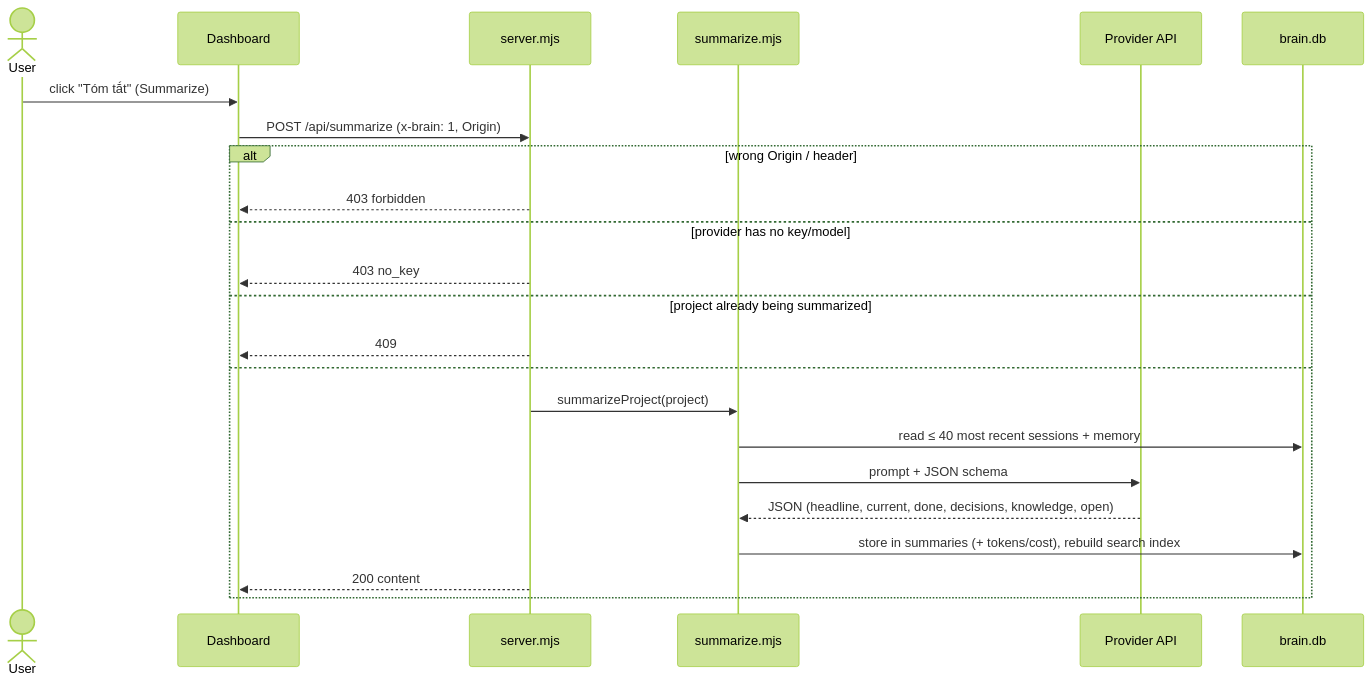
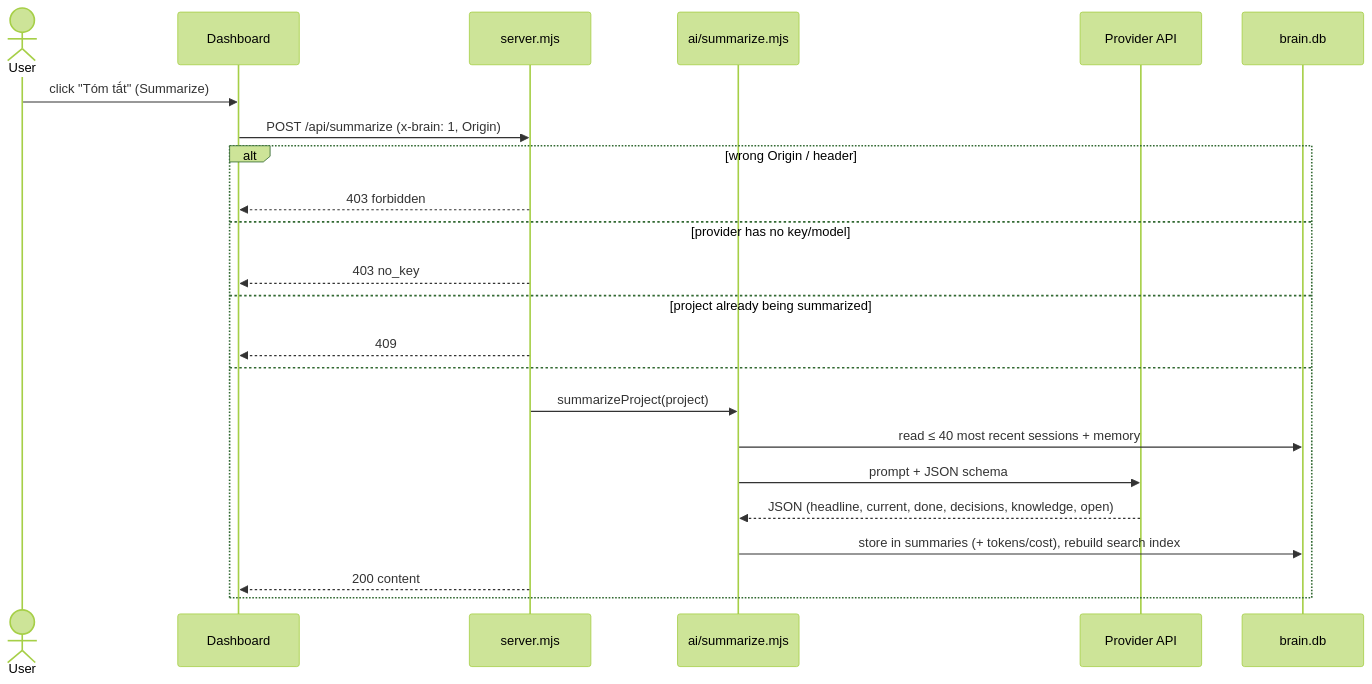
The fourth of 5 diagrams in docs/PLAN.md (hienct-fpt/personal-brain), drawn with Mermaid (forest theme) before and after one commit. The commit also changed other lines of this file and 22 other files, not shown here.

````diff
--- a/docs/PLAN.md
+++ b/docs/PLAN.md
@@ -92,25 +92,25 @@
 ```mermaid
 sequenceDiagram
   actor U as User
   participant UI as Dashboard
   participant S as server.mjs
-  participant SM as summarize.mjs
+  participant SM as ai/summarize.mjs
   participant P as Provider API
   participant DB as brain.db
   U->>UI: click "Tóm tắt" (Summarize)
   UI->>S: POST /api/summarize (x-brain: 1, Origin)
   alt wrong Origin / header
     S-->>UI: 403 forbidden
   else provider has no key/model
     S-->>UI: 403 no_key
   else project already being summarized
     S-->>UI: 409
   else
     S->>SM: summarizeProject(project)
     SM->>DB: read ≤ 40 most recent sessions + memory
     SM->>P: prompt + JSON schema
     P-->>SM: JSON (headline, current, done, decisions, knowledge, open)
     SM->>DB: store in summaries (+ tokens/cost), rebuild search index
     S-->>UI: 200 content
   end
 ```
````
